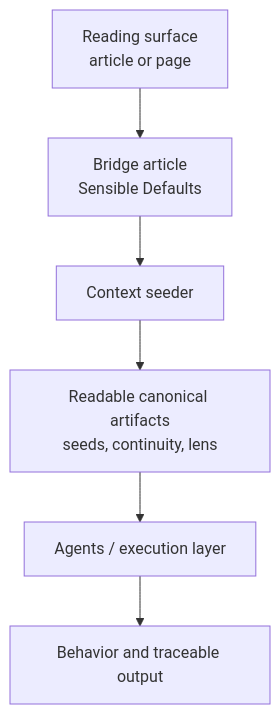
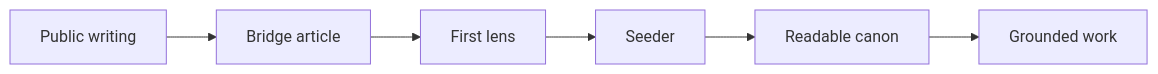
One commit to Mikeys-Tech-Lab/poc changed the diagram in apps/site/src/content/register/orientation/en-us/about/architecture.mdx. Above: the diagram before and after it, drawn with Mermaid. The commit also changed other lines of this file and 17 other files, not shown here.

````diff
--- a/apps/site/src/content/register/orientation/en-us/about/architecture.mdx
+++ b/apps/site/src/content/register/orientation/en-us/about/architecture.mdx
@@ -31,15 +31,11 @@
 ```mermaid
-flowchart TD
-    PS["Reading surface<br/>article or page"]
-    BA["Bridge article<br/>Sensible Defaults"]
-    CS["Context seeder"]
-    CA["Readable canonical artifacts<br/>seeds, continuity, lens"]
-    AX["Agents / execution layer"]
-    OUT["Behavior and traceable output"]
+flowchart LR
+    A["Public writing"]
+    B["Bridge article"]
+    C["First lens"]
+    D["Seeder"]
+    E["Readable canon"]
+    F["Grounded work"]
 
-    PS --> BA
-    BA --> CS
-    CS --> CA
-    CA --> AX
-    AX --> OUT
+    A --> B --> C --> D --> E --> F
 ```
````
